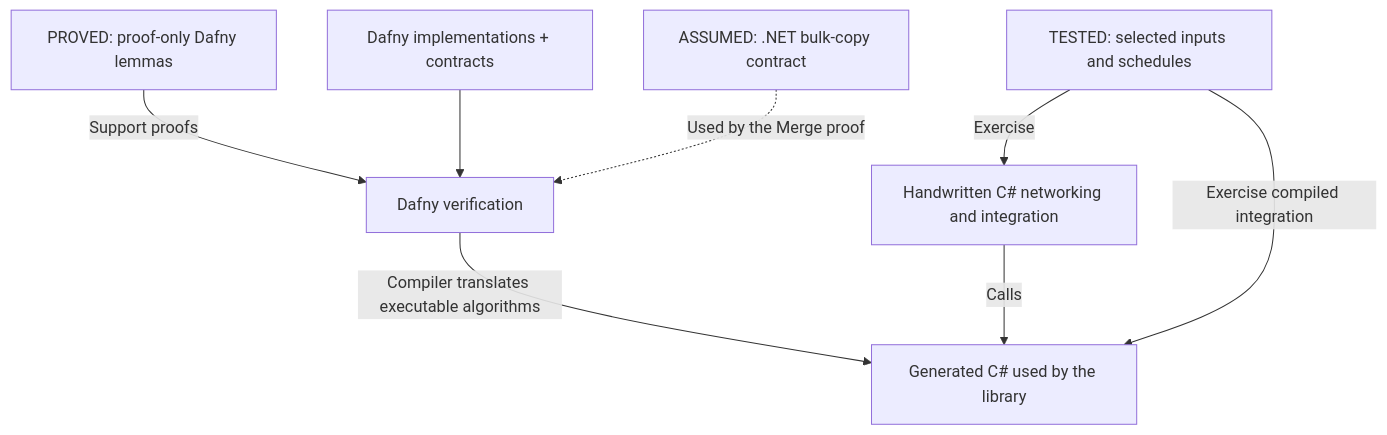
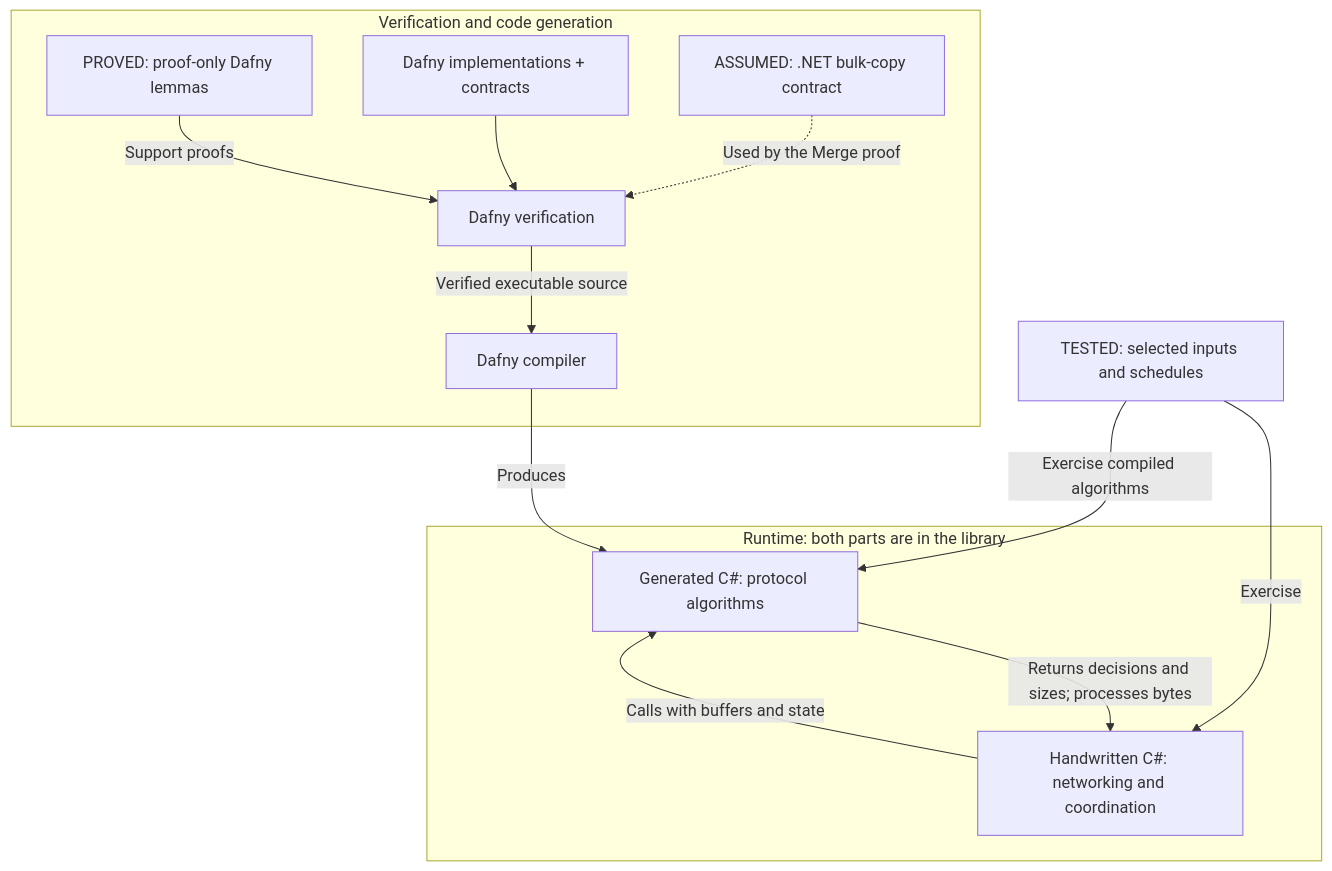
One commit to 1iveowl/WebsocketClientLite.PCL changed the first of 2 diagrams in docs/protocol-verification.md. Above: the diagram before and after it, drawn with Mermaid. The commit also changed other lines of this file and 1 other file, not shown here.

Commit message:
docs: explain verified core benefits and runtime calls

````diff
--- a/docs/protocol-verification.md
+++ b/docs/protocol-verification.md
@@ -9,10 +11,16 @@
 ```mermaid
 flowchart TD
-    L["PROVED: proof-only Dafny lemmas"] -->|Support proofs| V["Dafny verification"]
-    D["Dafny implementations + contracts"] --> V
-    A["ASSUMED: .NET bulk-copy contract"] -.->|Used by the Merge proof| V
-    V -->|Compiler translates executable algorithms| G["Generated C# used by the library"]
-    H["Handwritten C# networking and integration"] -->|Calls| G
+    subgraph Build["Verification and code generation"]
+        L["PROVED: proof-only Dafny lemmas"] -->|Support proofs| V["Dafny verification"]
+        D["Dafny implementations + contracts"] --> V
+        A["ASSUMED: .NET bulk-copy contract"] -.->|Used by the Merge proof| V
+        V -->|Verified executable source| C["Dafny compiler"]
+    end
+    C -->|Produces| G
+    subgraph Runtime["Runtime: both parts are in the library"]
+        H["Handwritten C#: networking and coordination"] -->|Calls with buffers and state| G["Generated C#: protocol algorithms"]
+        G -->|Returns decisions and sizes; processes bytes| H
+    end
     T["TESTED: selected inputs and schedules"] -->|Exercise| H
-    T -->|Exercise compiled integration| G
+    T -->|Exercise compiled algorithms| G
 ```
````
